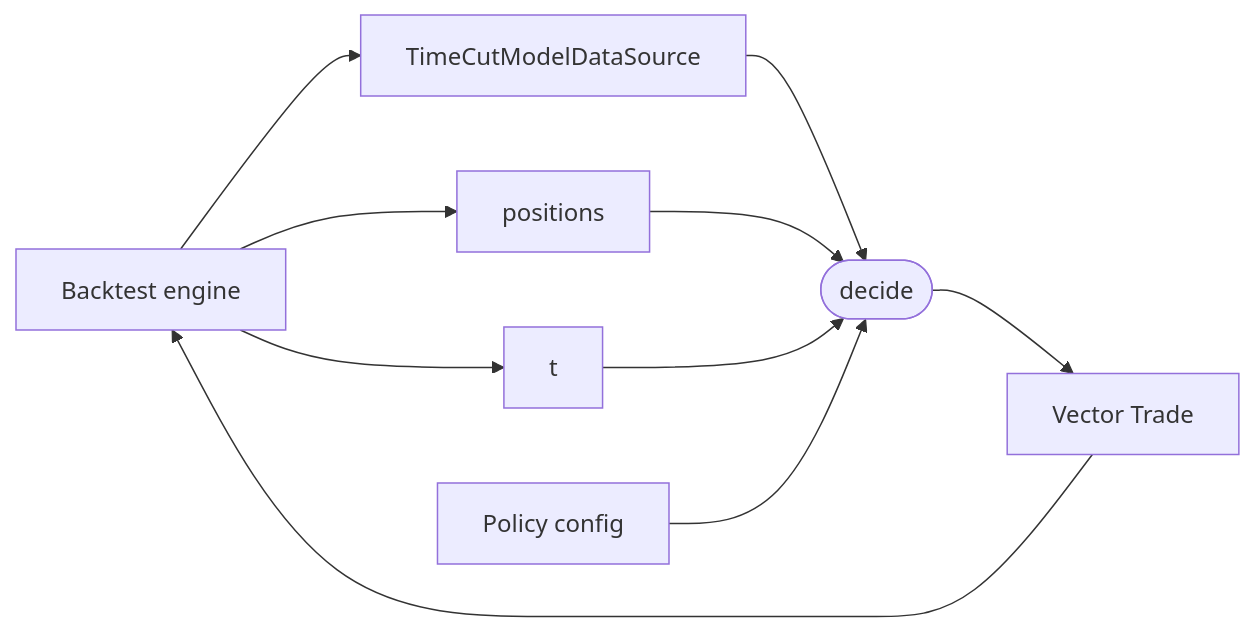
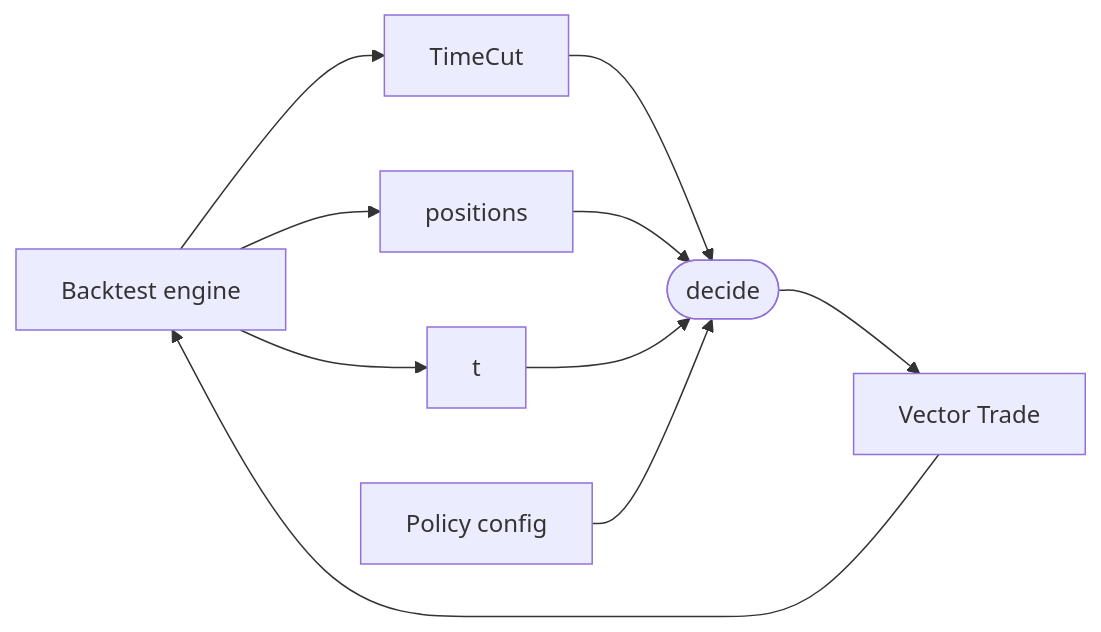
One commit to aleCombi/VolSurfaceAnalysis.jl changed the diagram in docs/modules/policies.md. Above: the diagram before and after it, drawn with Mermaid. The commit also changed other lines of this file and 22 other files, not shown here.

First line of the commit message:
Consumers on MarketData + Clock: engine, policies, agents, experiment, identity, store (step 2.1)

````diff
--- a/docs/modules/policies.md
+++ b/docs/modules/policies.md
@@ -19,12 +19,12 @@
 ```mermaid
 flowchart LR
-    Engine[Backtest engine] --> Cut[TimeCutModelDataSource]
+    Engine[Backtest engine] --> Cut[TimeCut]
     Engine --> Ledger[positions]
     Engine --> Clock[t]
     Cut --> D([decide])
     Ledger --> D
     Clock --> D
     Policy[Policy config] --> D
     D --> Orders[Vector Trade]
     Orders --> Engine
 ```
````
